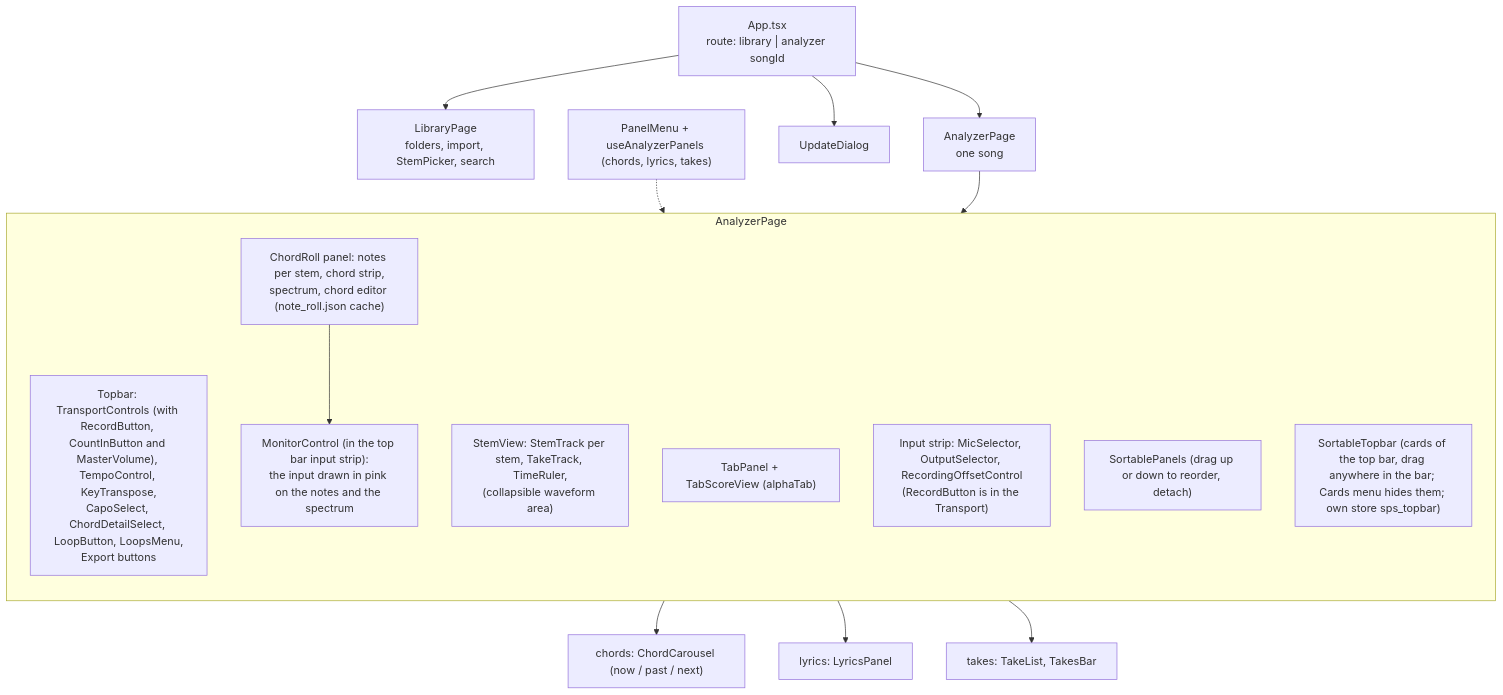
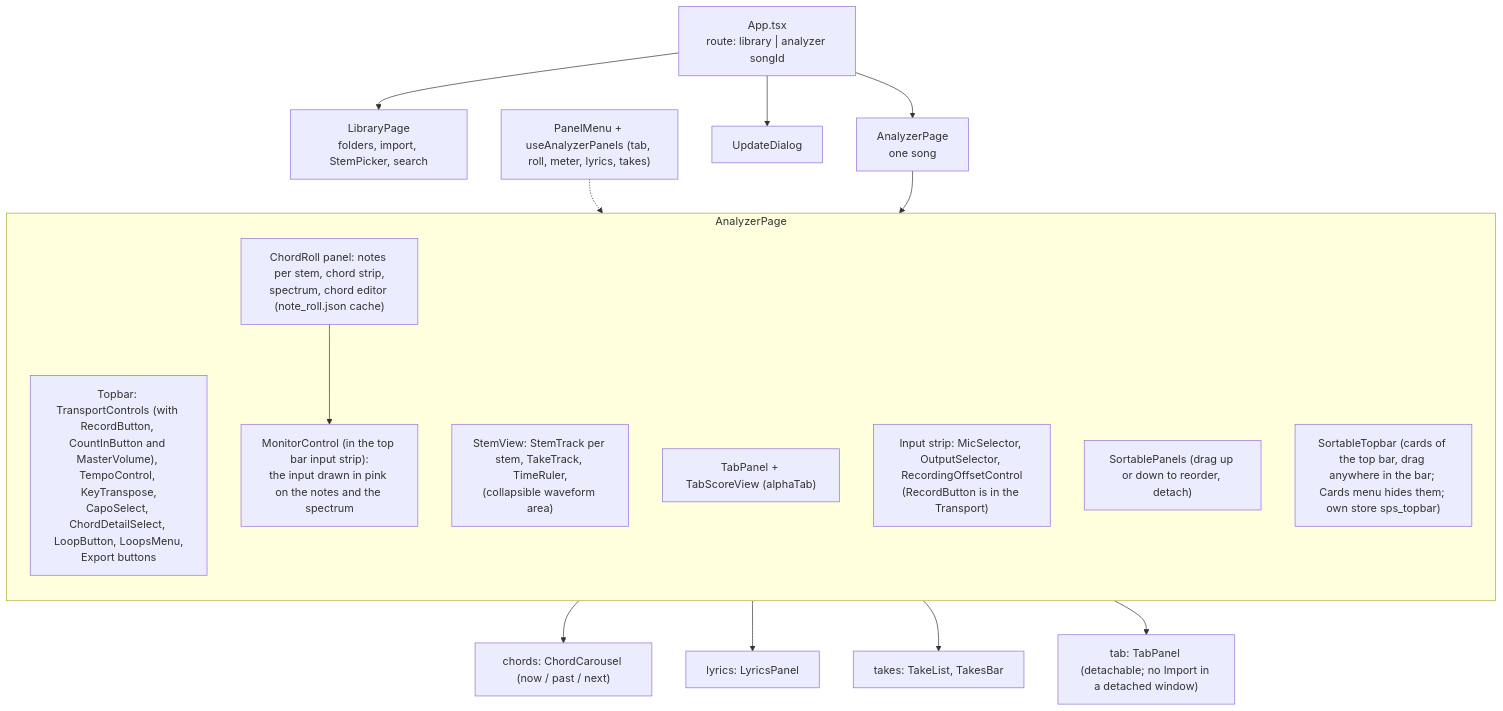
The second of 16 diagrams in wiki/uml.md (giamat90/SongPracticeStudio), drawn with Mermaid before and after one commit. The commit also changed other lines of this file and 17 other files, not shown here.

First line of the commit message:
feat: the Tab panel can be detached into its own window

````diff
--- a/wiki/uml.md
+++ b/wiki/uml.md
@@ -69,26 +69,27 @@
 ```mermaid
 flowchart TB
     APP["App.tsx<br/>route: library | analyzer songId"]
     APP --> LP["LibraryPage<br/>folders, import, StemPicker, search"]
     APP --> AP["AnalyzerPage<br/>one song"]
     APP --> UD["UpdateDialog"]
 
     subgraph ap["AnalyzerPage"]
         direction TB
         TOP["Topbar: TransportControls (with RecordButton, CountInButton and MasterVolume), TempoControl, KeyTranspose,<br/>CapoSelect, ChordDetailSelect, LoopButton, LoopsMenu,<br/>Export buttons"]
         SV["StemView: StemTrack per stem, TakeTrack, TimeRuler,<br/>(collapsible waveform area)"]
         CR["ChordRoll panel: notes per stem, chord strip,<br/>spectrum, chord editor (note_roll.json cache)"]
         MON["MonitorControl (in the top bar input strip):<br/>the input drawn in pink on the notes and the spectrum"]
         TB["TabPanel + TabScoreView (alphaTab)"]
         REC["Input strip: MicSelector, OutputSelector, RecordingOffsetControl<br/>(RecordButton is in the Transport)"]
         SP["SortablePanels (drag up or down to reorder, detach)"]
         STB["SortableTopbar (cards of the top bar, drag anywhere in the bar; Cards menu hides them; own store sps_topbar)"]
     end
     AP --> ap
     CR --> MON
     SP --> P1["chords: ChordCarousel (now / past / next)"]
     SP --> P2["lyrics: LyricsPanel"]
     SP --> P3["takes: TakeList, TakesBar"]
-    PM["PanelMenu + useAnalyzerPanels (chords, lyrics, takes)"]
+    SP --> P4["tab: TabPanel (detachable; no Import in a detached window)"]
+    PM["PanelMenu + useAnalyzerPanels (tab, roll, meter, lyrics, takes)"]
     PM -.-> SP
 ```
````
